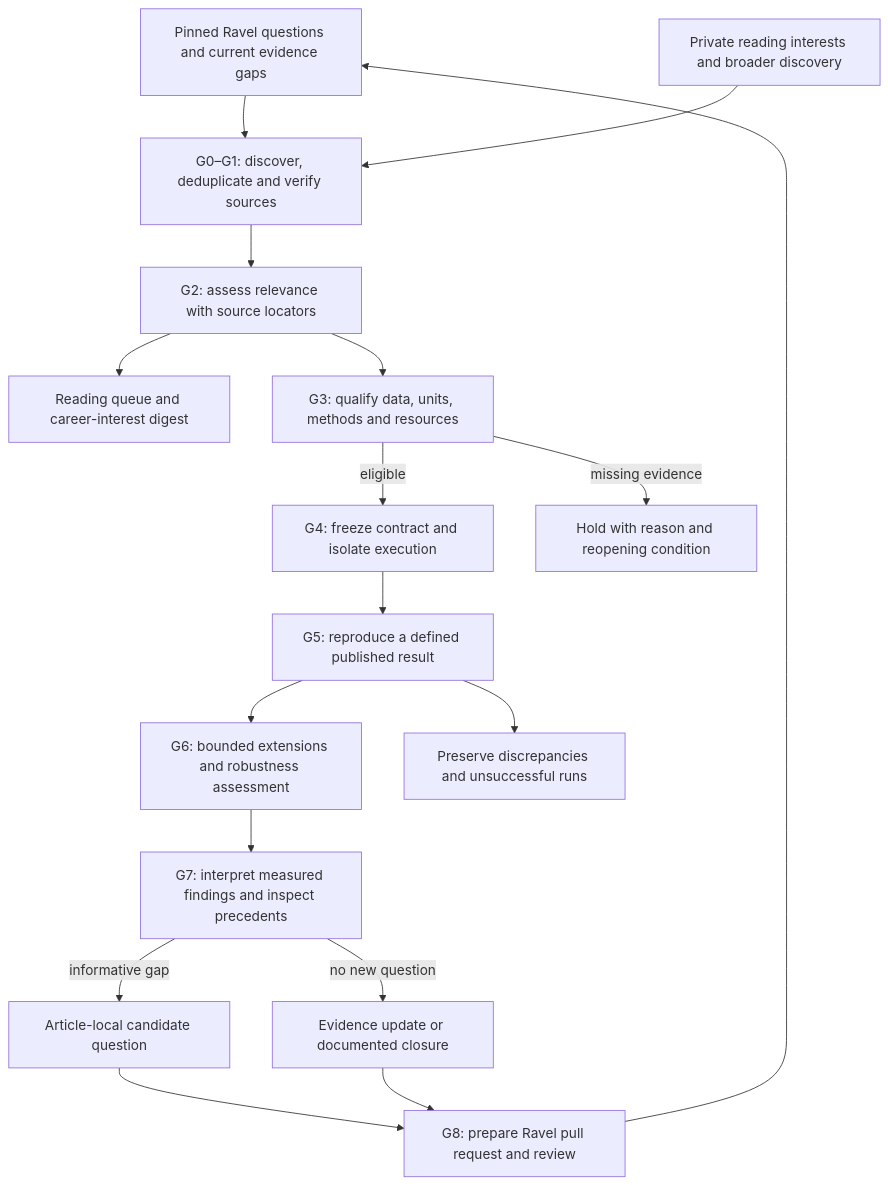
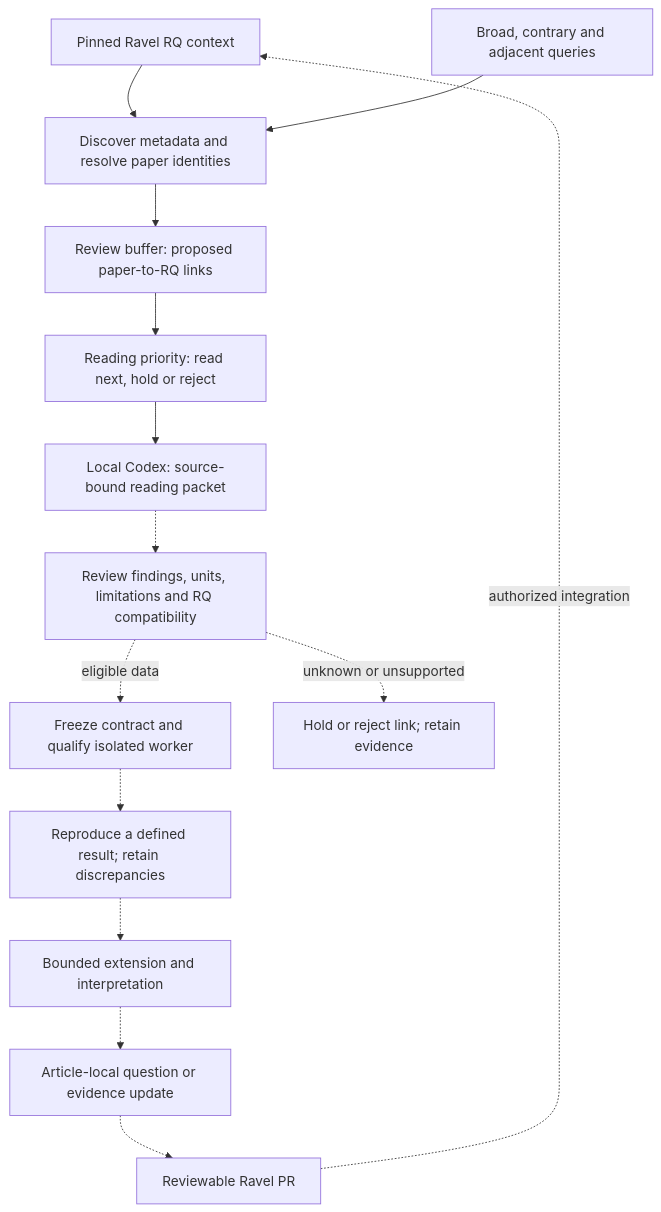
Before and after one commit to xorca0711/weft: the diagram in README.md, drawn with Mermaid. The commit also changed other lines of this file and 27 other files, not shown here.

Commit message:
Implement bounded discovery, RQ review buffer and manual reading packets

````diff
--- a/README.md
+++ b/README.md
@@ -29,19 +32,16 @@
 ```mermaid
 flowchart TD
-    R["Pinned Ravel questions and current evidence gaps"] --> D
-    P["Private reading interests and broader discovery"] --> D
-    D["G0–G1: discover, deduplicate and verify sources"] --> S
-    S["G2: assess relevance with source locators"] --> Q["Reading queue and career-interest digest"]
-    S --> E["G3: qualify data, units, methods and resources"]
-    E -->|eligible| C["G4: freeze contract and isolate execution"]
-    E -->|missing evidence| H["Hold with reason and reopening condition"]
-    C --> A["G5: reproduce a defined published result"]
-    A --> F["G6: bounded extensions and robustness assessment"]
-    A --> N["Preserve discrepancies and unsuccessful runs"]
-    F --> I["G7: interpret measured findings and inspect precedents"]
-    I -->|informative gap| K["Article-local candidate question"]
-    I -->|no new question| B["Evidence update or documented closure"]
-    K --> X["G8: prepare Ravel pull request and review"]
-    B --> X
-    X --> R
+    R["Pinned Ravel RQ context"] --> D["Discover metadata and resolve paper identities"]
+    Q["Broad, contrary and adjacent queries"] --> D
+    D --> B["Review buffer: proposed paper-to-RQ links"]
+    B --> T["Reading priority: read next, hold or reject"]
+    T --> P["Local Codex: source-bound reading packet"]
+    P -.-> V["Review findings, units, limitations and RQ compatibility"]
+    V -.->|eligible data| C["Freeze contract and qualify isolated worker"]
+    V -.->|unknown or unsupported| H["Hold or reject link; retain evidence"]
+    C -.-> A["Reproduce a defined result; retain discrepancies"]
+    A -.-> E["Bounded extension and interpretation"]
+    E -.-> N["Article-local question or evidence update"]
+    N -.-> X["Reviewable Ravel PR"]
+    X -.->|authorized integration| R
 ```
````
